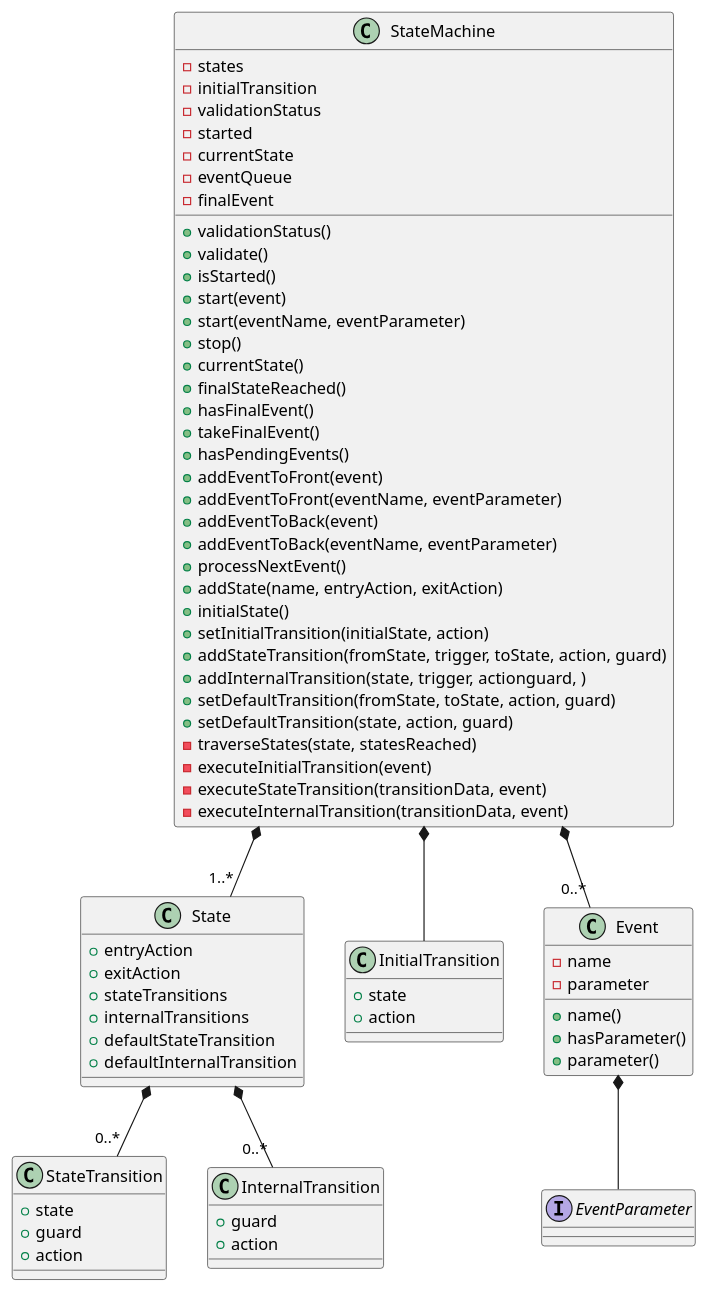
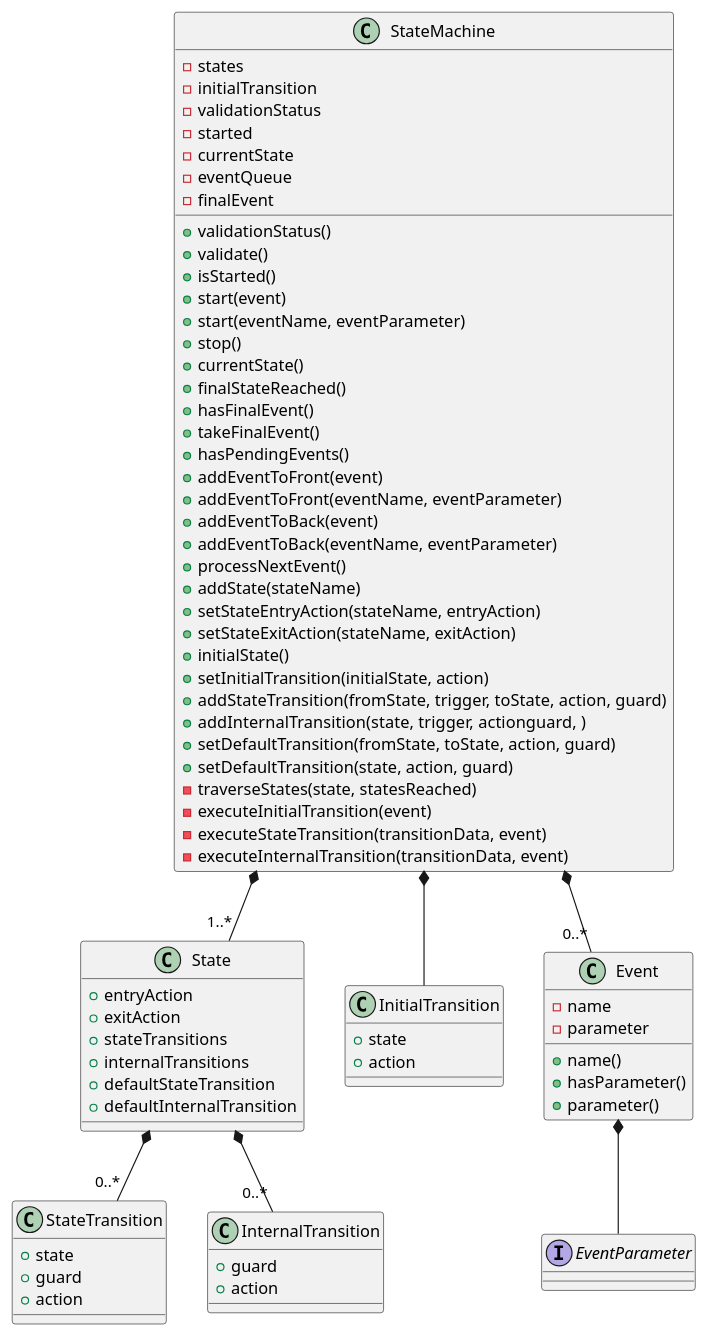
The diagram in docs/Diagrams/ClassDiagrams.plantuml (djurodrljaca/CppStateMachineFramework), drawn with PlantUML before and after one commit. The commit also changed 5 other files, not shown here.

Commit message:
Moved setting of state's entry and exit actions to separate methods

```diff
--- a/docs/Diagrams/ClassDiagrams.plantuml
+++ b/docs/Diagrams/ClassDiagrams.plantuml
@@ -1,85 +1,87 @@
 @startuml StateMachine
 StateMachine *-- "1..*" State
 StateMachine *-- InitialTransition
 StateMachine *-- "0..*" Event
 
 State *-- "0..*" StateTransition
 State *-- "0..*" InternalTransition
 
 Event *-- EventParameter
 
 class StateMachine {
     -states
     -initialTransition
     -validationStatus
     -started
     -currentState
     -eventQueue
     -finalEvent
 
     +validationStatus()
     +validate()
     +isStarted()
     +start(event)
     +start(eventName, eventParameter)
     +stop()
     +currentState()
     +finalStateReached()
     +hasFinalEvent()
     +takeFinalEvent()
     +hasPendingEvents()
     +addEventToFront(event)
     +addEventToFront(eventName, eventParameter)
     +addEventToBack(event)
     +addEventToBack(eventName, eventParameter)
     +processNextEvent()
-    +addState(name, entryAction, exitAction)
+    +addState(stateName)
+    +setStateEntryAction(stateName, entryAction)
+    +setStateExitAction(stateName, exitAction)
     +initialState()
     +setInitialTransition(initialState, action)
     +addStateTransition(fromState, trigger, toState, action, guard)
     +addInternalTransition(state, trigger, actionguard, )
     +setDefaultTransition(fromState, toState, action, guard)
     +setDefaultTransition(state, action, guard)
     -traverseStates(state, statesReached)
     -executeInitialTransition(event)
     -executeStateTransition(transitionData, event)
     -executeInternalTransition(transitionData, event)
 }
 
 class State {
     +entryAction
     +exitAction
     +stateTransitions
     +internalTransitions
     +defaultStateTransition
     +defaultInternalTransition
 }
 
 class InitialTransition {
     +state
     +action
 }
 
 class StateTransition {
     +state
     +guard
     +action
 }
 
 class InternalTransition {
     +guard
     +action
 }
 
 class Event {
     -name
     -parameter
 
     +name()
     +hasParameter()
     +parameter()
 }
 
 interface EventParameter {
 }
 @enduml
```
